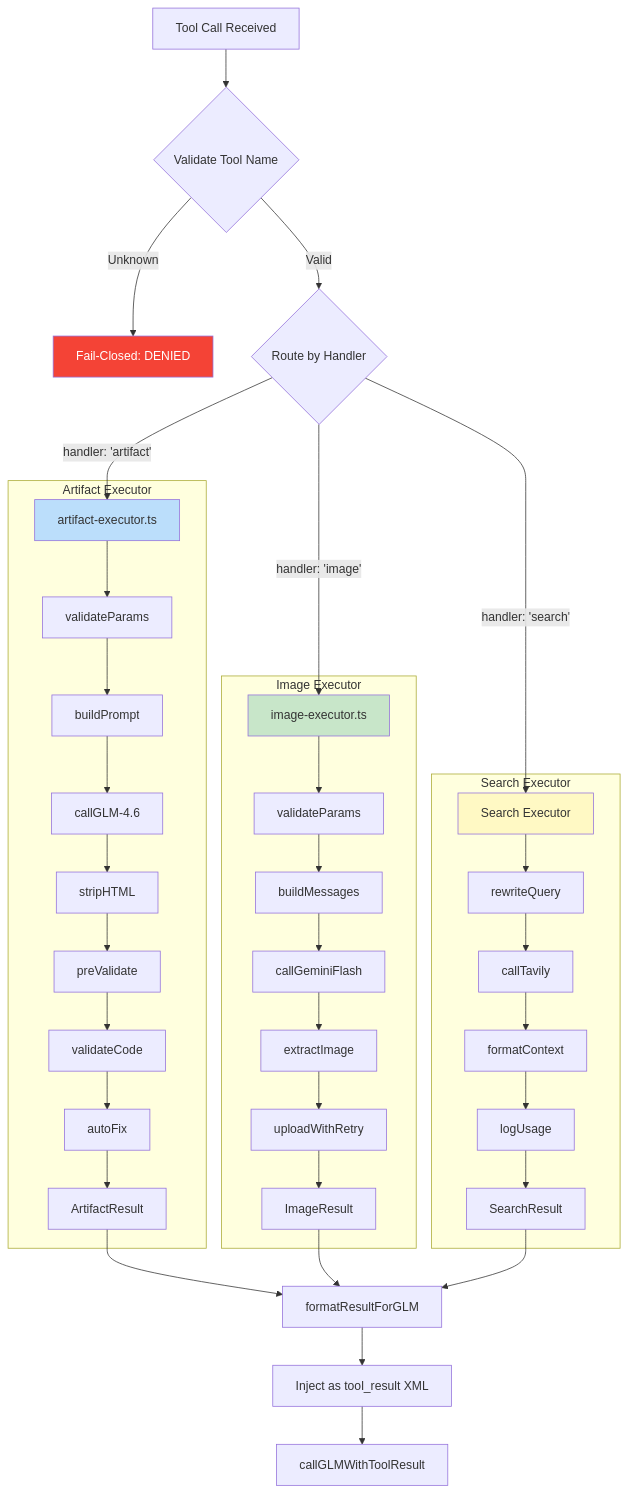
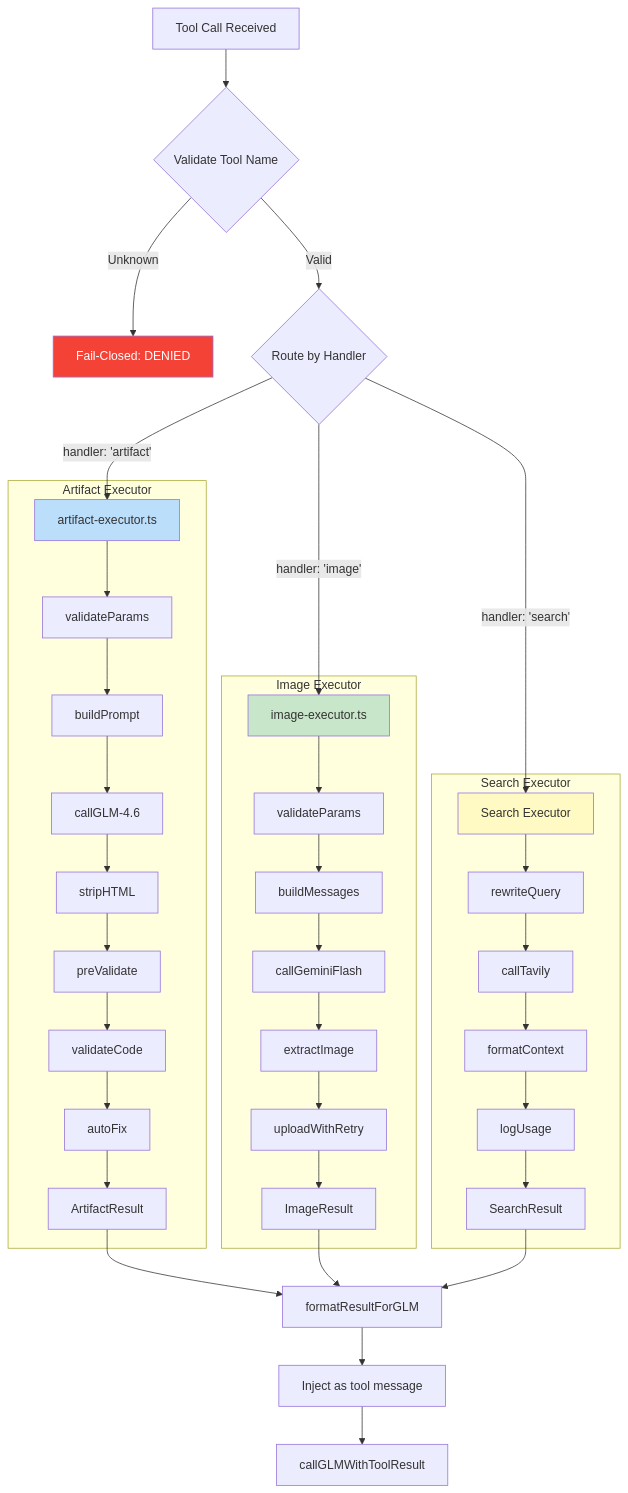
One commit to NickB03/vana changed the seventh of 10 diagrams in docs/UNIFIED_TOOL_ARCHITECTURE.md. Above: the diagram before and after it, drawn with Mermaid. The commit also changed other lines of this file and 13 other files, not shown here.

````diff
--- a/docs/UNIFIED_TOOL_ARCHITECTURE.md
+++ b/docs/UNIFIED_TOOL_ARCHITECTURE.md
@@ -410,51 +410,51 @@
 ```mermaid
 flowchart TB
     CALL[Tool Call Received] --> VALIDATE{Validate Tool Name}
 
     VALIDATE -->|Unknown| DENY[Fail-Closed: DENIED]
     VALIDATE -->|Valid| ROUTE{Route by Handler}
 
     ROUTE -->|handler: 'artifact'| AE[artifact-executor.ts]
     ROUTE -->|handler: 'image'| IE[image-executor.ts]
     ROUTE -->|handler: 'search'| SE[Search Executor]
 
     subgraph "Artifact Executor"
         AE --> AE1[validateParams]
         AE1 --> AE2[buildPrompt]
         AE2 --> AE3[callGLM-4.6]
         AE3 --> AE4[stripHTML]
         AE4 --> AE5[preValidate]
         AE5 --> AE6[validateCode]
         AE6 --> AE7[autoFix]
         AE7 --> AER[ArtifactResult]
     end
 
     subgraph "Image Executor"
         IE --> IE1[validateParams]
         IE1 --> IE2[buildMessages]
         IE2 --> IE3[callGeminiFlash]
         IE3 --> IE4[extractImage]
         IE4 --> IE5[uploadWithRetry]
         IE5 --> IER[ImageResult]
     end
 
     subgraph "Search Executor"
         SE --> SE1[rewriteQuery]
         SE1 --> SE2[callTavily]
         SE2 --> SE3[formatContext]
         SE3 --> SE4[logUsage]
         SE4 --> SER[SearchResult]
     end
 
     AER --> FORMAT[formatResultForGLM]
     IER --> FORMAT
     SER --> FORMAT
 
-    FORMAT --> INJECT[Inject as tool_result XML]
+    FORMAT --> INJECT[Inject as tool message]
     INJECT --> CONTINUE[callGLMWithToolResult]
 
     style DENY fill:#f44336,color:#fff
     style AE fill:#bbdefb
     style IE fill:#c8e6c9
     style SE fill:#fff9c4
 ```
````
